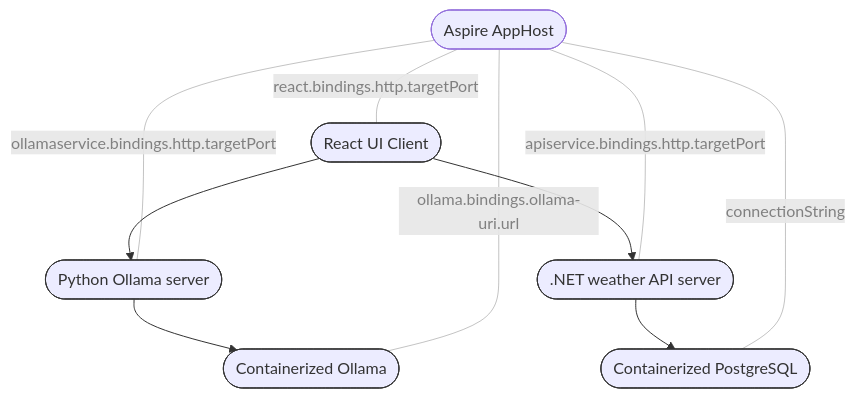
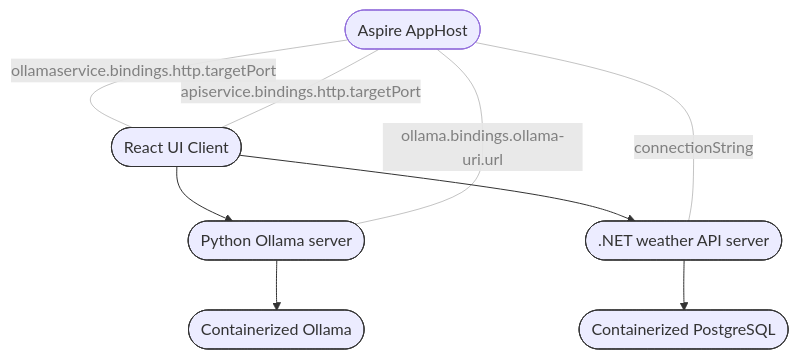
One commit to CynicDog/Aspiring-Ollama changed the diagram in README.md. Above: the diagram before and after it, drawn with Mermaid.

````diff
--- a/README.md
+++ b/README.md
@@ -4,18 +4,17 @@
 ``` mermaid
 flowchart TD
     
     A([React UI Client]) --> B([Python Ollama server])
     B --> E([Containerized Ollama])
     A --> C([.NET weather API server])
     C --> D([Containerized PostgreSQL])
-    F([Aspire AppHost]) --- |react.bindings.http.targetPort| A
-    F --- |ollamaservice.bindings.http.targetPort| B
-    F --- |apiservice.bindings.http.targetPort| C
-    F --- |connectionString| D
-    F --- |ollama.bindings.ollama-uri.url| E
+    F([Aspire AppHost]) --- |ollamaservice.bindings.http.targetPort| A
+    F --- |apiservice.bindings.http.targetPort| A
+    F --- |connectionString| C
+    F --- |ollama.bindings.ollama-uri.url| B
      
     classDef container stroke:#333,stroke-width:1px;
     class A,B,C,D,E container;
 
-    linkStyle 4,5,6,7,8 stroke-width:.3px,color:grey;
+    linkStyle 4,5,6,7 stroke-width:.3px,color:grey;
 ```
````
